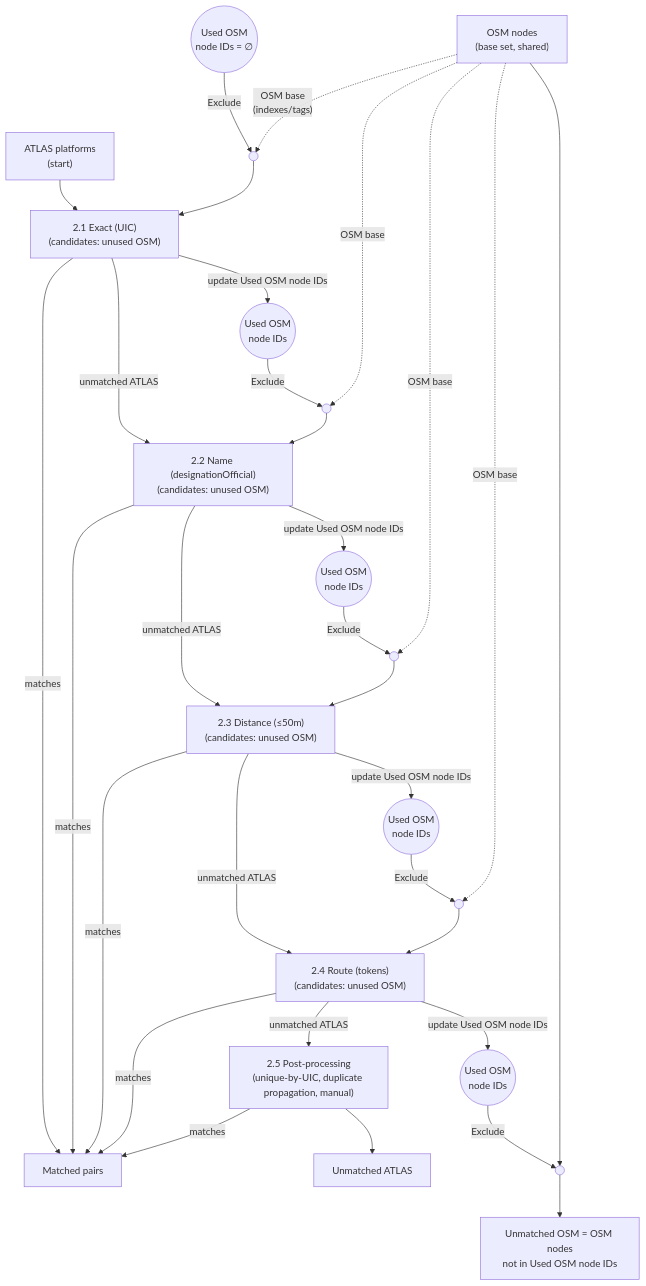
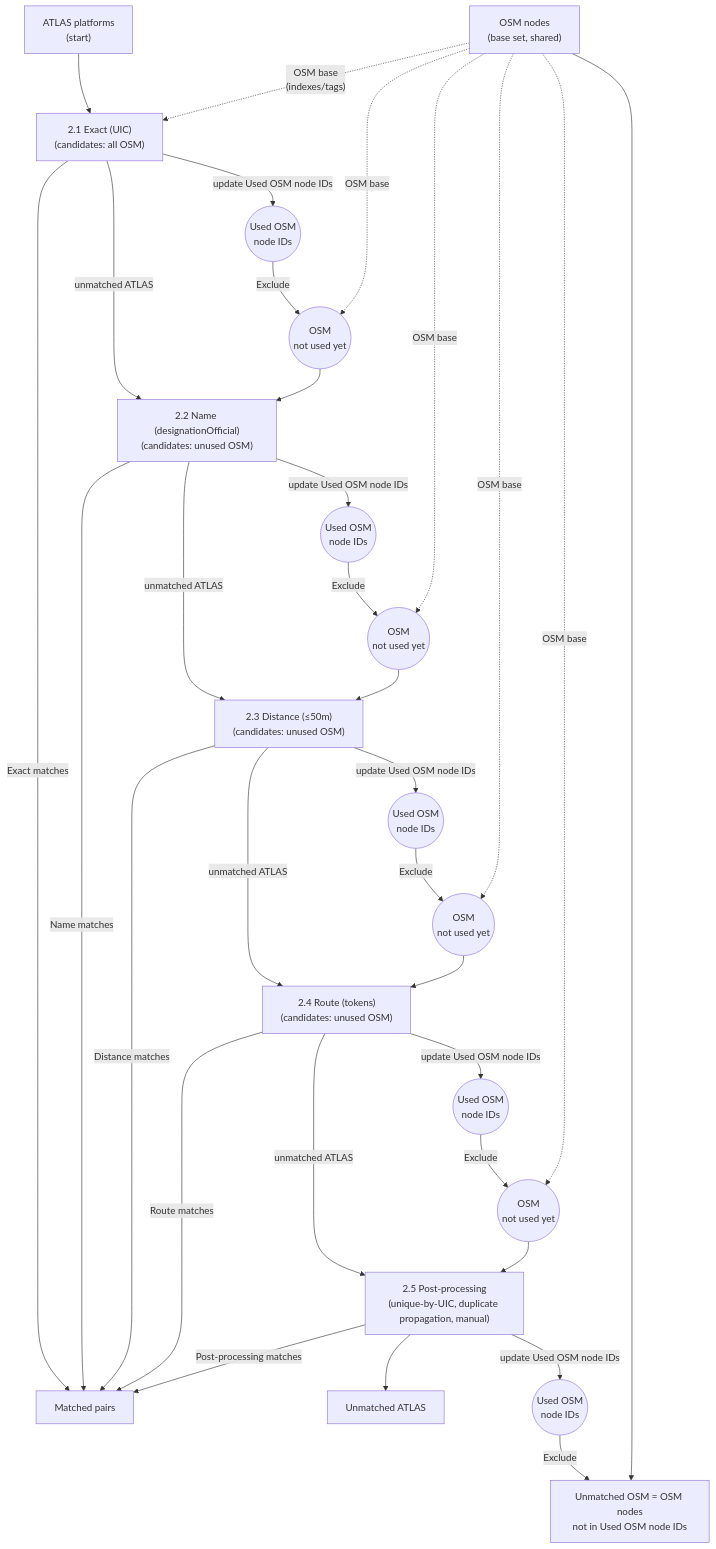
Before and after one commit to openTdataCH/stop_sync_osm_atlas: the diagram in documentation/2. Matching process.md, drawn with Mermaid. The commit also changed 11 other files, not shown here.

````diff
--- a/documentation/2. Matching process.md
+++ b/documentation/2. Matching process.md
@@ -33,54 +33,54 @@
 ```mermaid
 flowchart TB
     A0["ATLAS platforms<br/>(start)"]
     O0["OSM nodes<br/>(base set, shared)"]
-    U0(("Used OSM<br/>node IDs = ∅"))
 
     A0 --> E
-    
-    O0 -.->|"OSM base<br/>(indexes/tags)"| F1(( ))
-    U0 -->|"Exclude"| F1
-    F1 --> E
+    O0 -.->|"OSM base<br/>(indexes/tags)"| E
 
-    E["2.1 Exact (UIC)<br/>(candidates: unused OSM)"]
-    E -->|"matches"| M
+    E["2.1 Exact (UIC)<br/>(candidates: all OSM)"]
+    E -->|"Exact matches"| M
     E -->|"unmatched ATLAS"| NM
     E -->|"update Used OSM node IDs"| U1(("Used OSM<br/>node IDs"))
 
-    O0 -.->|"OSM base"| F2(( ))
+    O0 -.->|"OSM base"| F2(("OSM<br/>not used yet"))
     U1 -->|"Exclude"| F2
     F2 --> NM
 
     NM["2.2 Name (designationOfficial)<br/>(candidates: unused OSM)"]
-    NM -->|"matches"| M
+    NM -->|"Name matches"| M
     NM -->|"unmatched ATLAS"| DM
     NM -->|"update Used OSM node IDs"| U2(("Used OSM<br/>node IDs"))
 
-    O0 -.->|"OSM base"| F3(( ))
+    O0 -.->|"OSM base"| F3(("OSM<br/>not used yet"))
     U2 -->|"Exclude"| F3
     F3 --> DM
 
     DM["2.3 Distance (≤50m)<br/>(candidates: unused OSM)"]
-    DM -->|"matches"| M
+    DM -->|"Distance matches"| M
     DM -->|"unmatched ATLAS"| RM
     DM -->|"update Used OSM node IDs"| U3(("Used OSM<br/>node IDs"))
 
-    O0 -.->|"OSM base"| F4(( ))
+    O0 -.->|"OSM base"| F4(("OSM<br/>not used yet"))
     U3 -->|"Exclude"| F4
     F4 --> RM
 
     RM["2.4 Route (tokens)<br/>(candidates: unused OSM)"]
-    RM -->|"matches"| M
+    RM -->|"Route matches"| M
     RM -->|"unmatched ATLAS"| PM
     RM -->|"update Used OSM node IDs"| U4(("Used OSM<br/>node IDs"))
 
+    O0 -.->|"OSM base"| F5(("OSM<br/>not used yet"))
+    U4 -->|"Exclude"| F5
+    F5 --> PM
+
     PM["2.5 Post-processing<br/>(unique-by-UIC, duplicate propagation, manual)"]
-    PM -->|"matches"| M["Matched pairs"]
+    PM -->|"Post-processing matches"| M["Matched pairs"]
     PM --> UA["Unmatched ATLAS"]
+    PM -->|"update Used OSM node IDs"| U5(("Used OSM<br/>node IDs"))
 
-    O0 --> F5(( ))
-    U4 -->|"Exclude"| F5
-    F5 --> UO
+    O0 --> UO
+    U5 -->|"Exclude"| UO
 
     UO["Unmatched OSM = OSM nodes<br/>not in Used OSM node IDs"]
 ```
````
